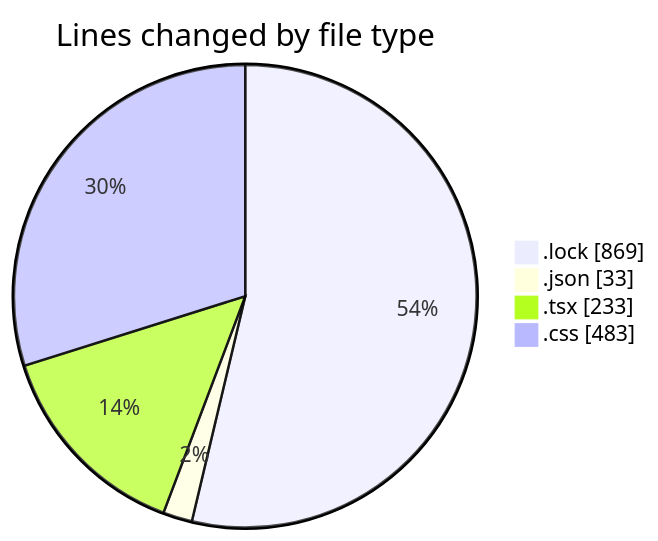
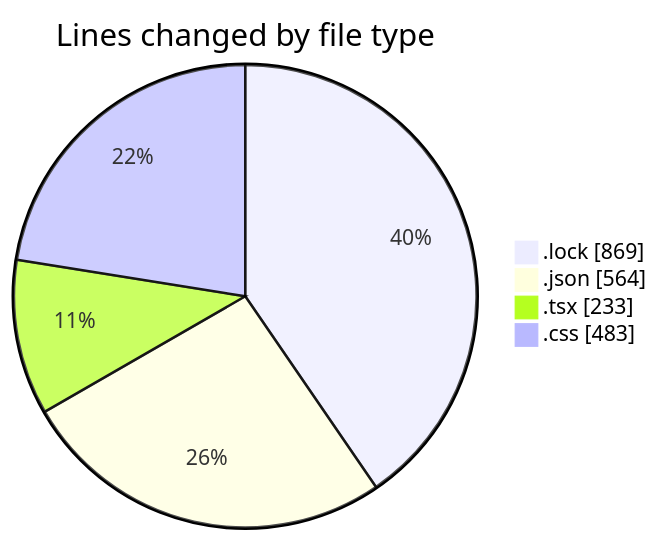
Before and after one commit to EIIisD/code-tracking: the first of 2 diagrams in 2025-07-27/vtuber/README.md, drawn with Mermaid. The commit also changed other lines of this file and 1 other file, not shown here.

````diff
--- a/2025-07-27/vtuber/README.md
+++ b/2025-07-27/vtuber/README.md
@@ -25,8 +26,8 @@
 ```mermaid
 pie showData
 title Lines changed by file type
 ".lock" : 869
-".json" : 33
+".json" : 564
 ".tsx" : 233
 ".css" : 483
 ```
````
